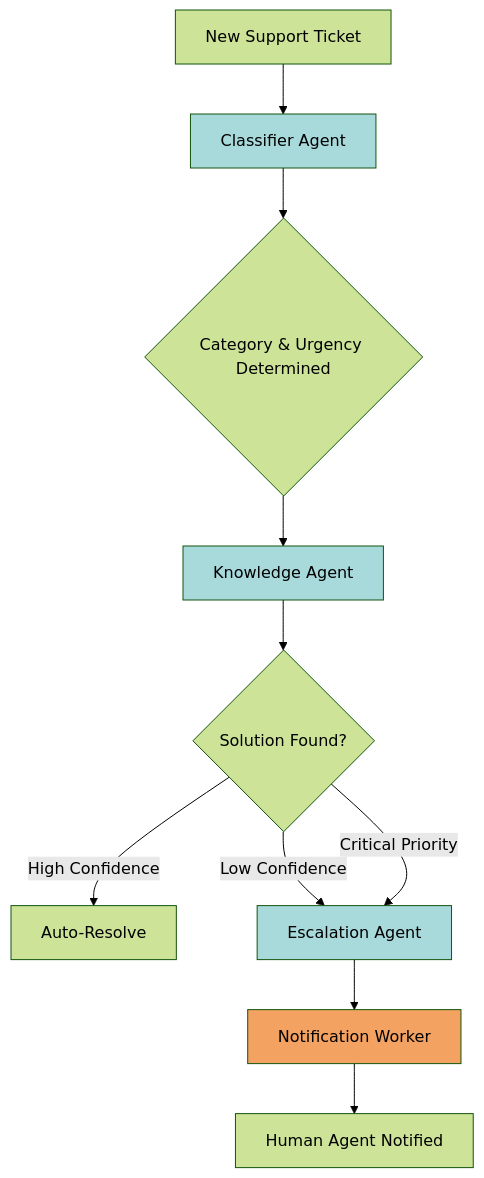
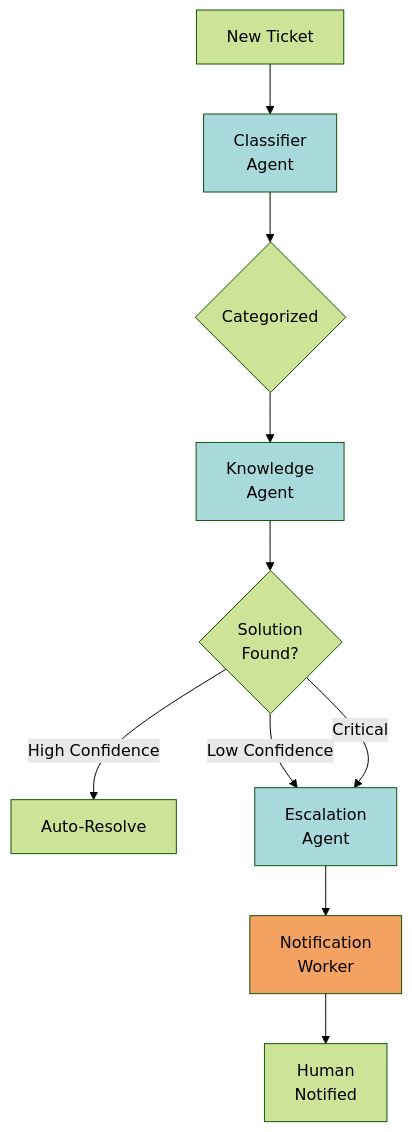
Before and after one commit to nicklotz/orkes-multiagent-workflow: the first of 2 diagrams in blog-post.md, drawn with Mermaid (forest theme).

Commit message:
Fix mermaid diagram text cutoff with shorter labels

````diff
--- a/blog-post.md
+++ b/blog-post.md
@@ -25,17 +25,17 @@
 ```mermaid
 graph TD
-    A[New Support Ticket] --> B[Classifier Agent]
-    B --> C{Category & Urgency Determined}
-    C --> D[Knowledge Agent]
-    D --> E{Solution Found?}
+    A[New Ticket] --> B[Classifier<br/>Agent]
+    B --> C{Categorized}
+    C --> D[Knowledge<br/>Agent]
+    D --> E{Solution<br/>Found?}
     E -->|High Confidence| F[Auto-Resolve]
-    E -->|Low Confidence| G[Escalation Agent]
-    E -->|Critical Priority| G
-    G --> H[Notification Worker]
-    H --> I[Human Agent Notified]
+    E -->|Low Confidence| G[Escalation<br/>Agent]
+    E -->|Critical| G
+    G --> H[Notification<br/>Worker]
+    H --> I[Human<br/>Notified]
 
     style B fill:#a8dadc
     style D fill:#a8dadc
     style G fill:#a8dadc
     style H fill:#f4a261
 ```
````
